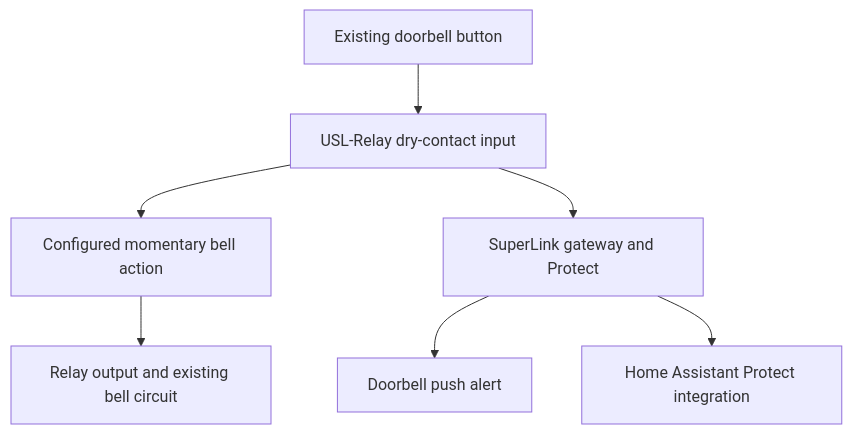
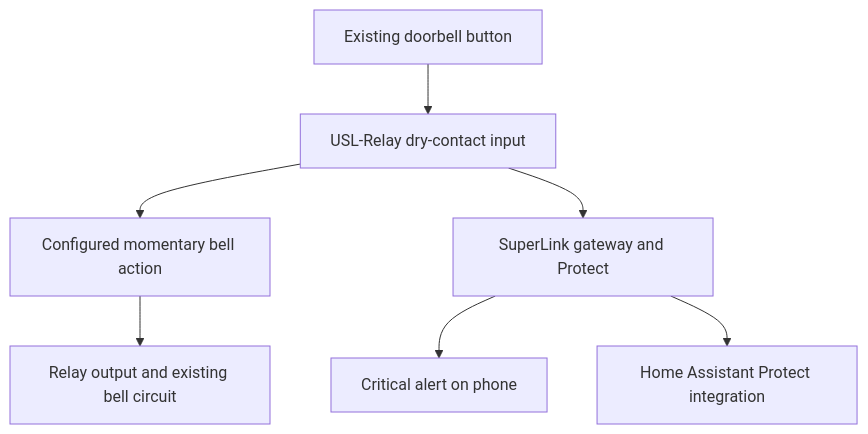
The third of 3 diagrams in docs/05-network-and-server.md (rncole/home-tech-guide), drawn with Mermaid before and after one commit. The commit also changed other lines of this file, not shown here.

Commit message:
Document confirmed critical phone alerts for doorbell and smoke CO alarms

````diff
--- a/docs/05-network-and-server.md
+++ b/docs/05-network-and-server.md
@@ -207,9 +209,9 @@
 ```mermaid
 flowchart TD
   Button["Existing doorbell button"] --> Input["USL-Relay dry-contact input"]
   Input --> Action["Configured momentary bell action"]
   Action --> Output["Relay output and existing bell circuit"]
   Input --> Link["SuperLink gateway and Protect"]
-  Link --> Push["Doorbell push alert"]
+  Link --> Push["Critical alert on phone"]
   Link --> HA["Home Assistant Protect integration"]
 ```
````
